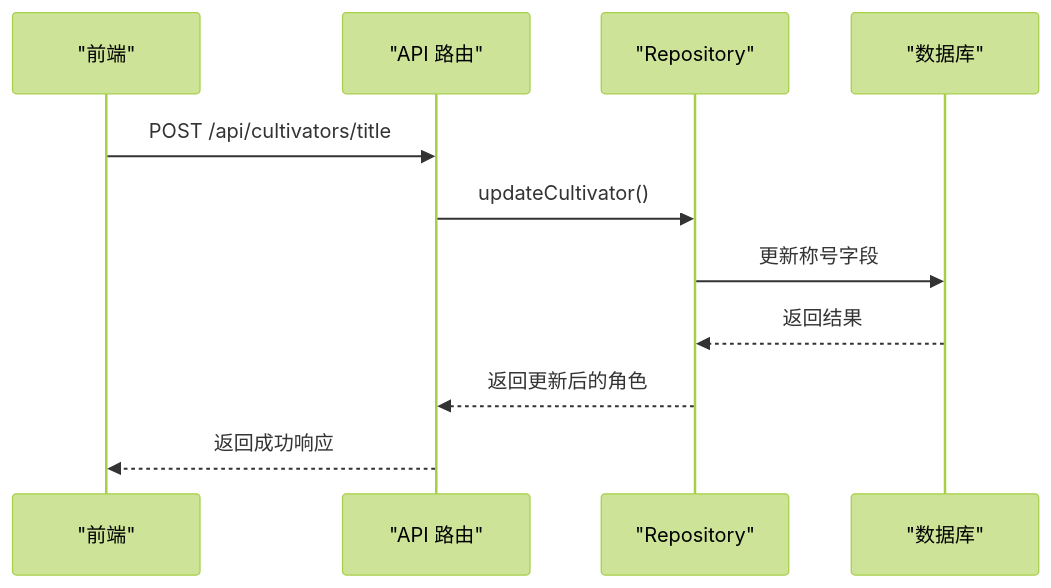
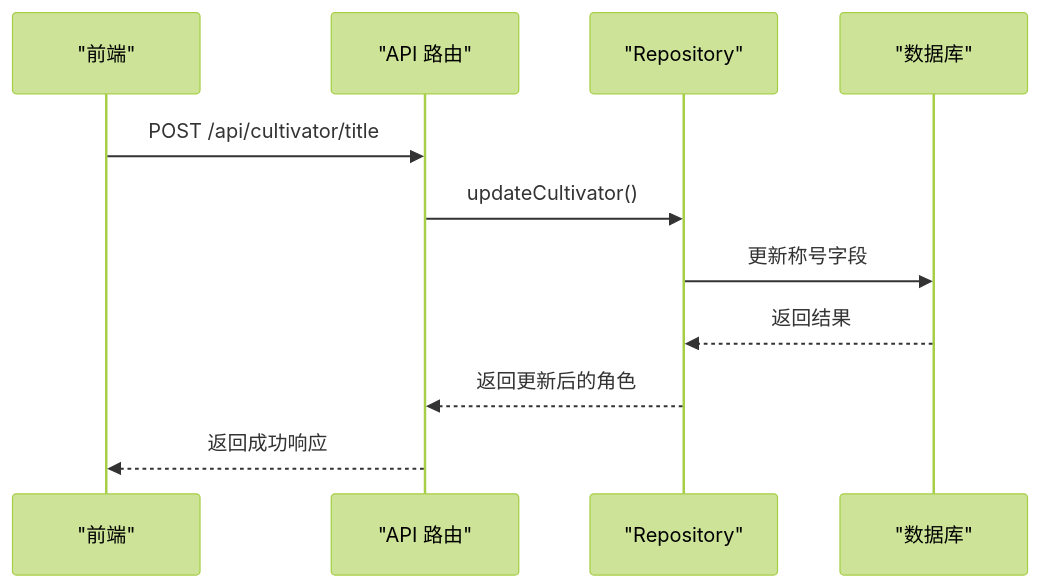
One commit to ChurchTao/Daoyou changed the sixth of 8 diagrams in .qoder/repowiki/zh/content/核心功能模块/角色系统/角色系统.md. Above: the diagram before and after it, drawn with Mermaid (forest theme). The commit also changed other lines of this file and 41 other files, not shown here.

````diff
--- a/.qoder/repowiki/zh/content/核心功能模块/角色系统/角色系统.md
+++ b/.qoder/repowiki/zh/content/核心功能模块/角色系统/角色系统.md
@@ -205,13 +206,13 @@
 ```mermaid
 sequenceDiagram
 participant Client as "前端"
 participant API as "API 路由"
 participant Repo as "Repository"
 participant DB as "数据库"
-Client->>API : POST /api/cultivators/title
+Client->>API : POST /api/cultivator/title
 API->>Repo : updateCultivator()
 Repo->>DB : 更新称号字段
 DB-->>Repo : 返回结果
 Repo-->>API : 返回更新后的角色
 API-->>Client : 返回成功响应
 ```
````
